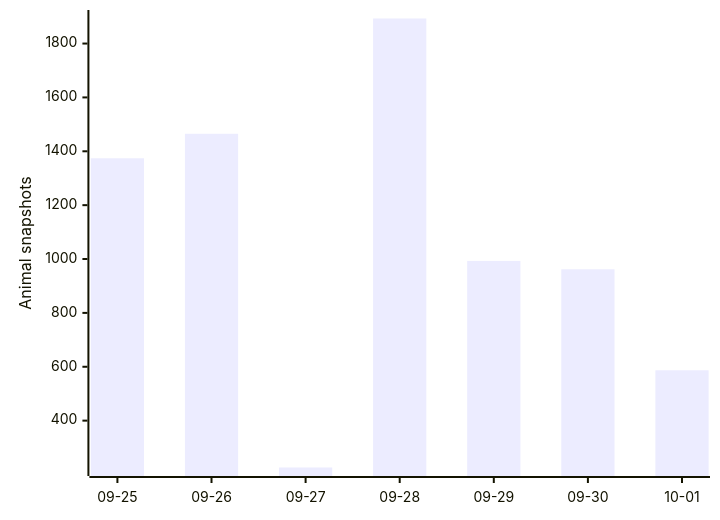
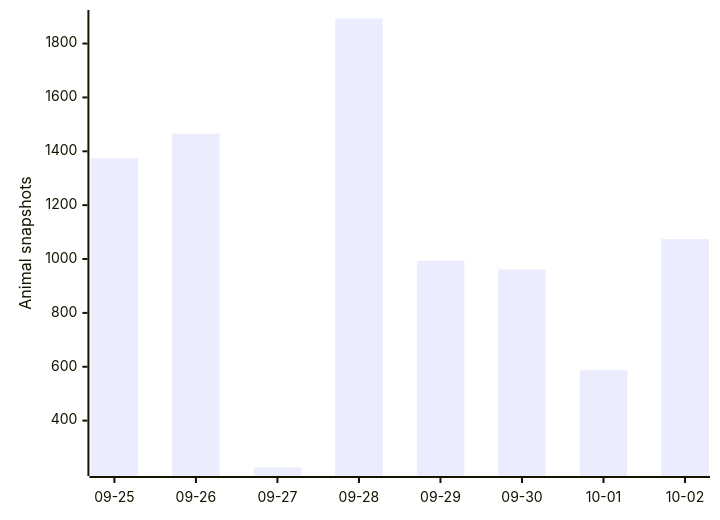
The first of 3 diagrams in README.md (joshuafrommeyer-35/PierTracker), drawn with Mermaid before and after one commit. The commit also changed other lines of this file and 7 other files, not shown here.

````diff
--- a/README.md
+++ b/README.md
@@ -131,6 +133,6 @@
 ```mermaid
 xychart-beta
-    x-axis ["09-25", "09-26", "09-27", "09-28", "09-29", "09-30", "10-01"]
+    x-axis ["09-25", "09-26", "09-27", "09-28", "09-29", "09-30", "10-01", "10-02"]
     y-axis "Animal snapshots"
-    bar [1374, 1465, 226, 1893, 993, 962, 587]
+    bar [1374, 1465, 226, 1893, 993, 962, 587, 1074]
 ```
````
